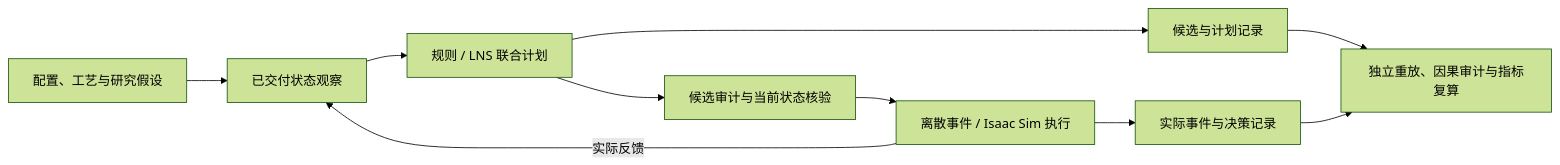
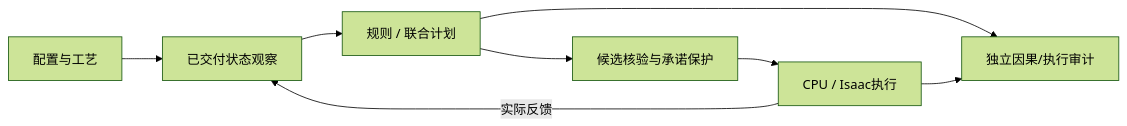
The diagram in README.md (delongwangshu49-hub/adaptive-hrc-scheduling), drawn with Mermaid (forest theme) before and after one commit. The commit also changed other lines of this file and 26 other files, not shown here.

````diff
--- a/README.md
+++ b/README.md
@@ -118,12 +99,10 @@
 ```mermaid
 flowchart LR
-    I[配置、工艺与研究假设] --> O[已交付状态观察]
-    O --> P[规则 / LNS 联合计划]
-    P --> V[候选审计与当前状态核验]
-    V --> E[离散事件 / Isaac Sim 执行]
+    I[配置与工艺] --> O[已交付状态观察]
+    O --> P[规则 / 联合计划]
+    P --> V[候选核验与承诺保护]
+    V --> E[CPU / Isaac执行]
     E -->|实际反馈| O
-    P --> C[候选与计划记录]
-    E --> L[实际事件与决策记录]
-    C --> A[独立重放、因果审计与指标复算]
-    L --> A
+    P --> A[独立因果/执行审计]
+    E --> A
 ```
````
